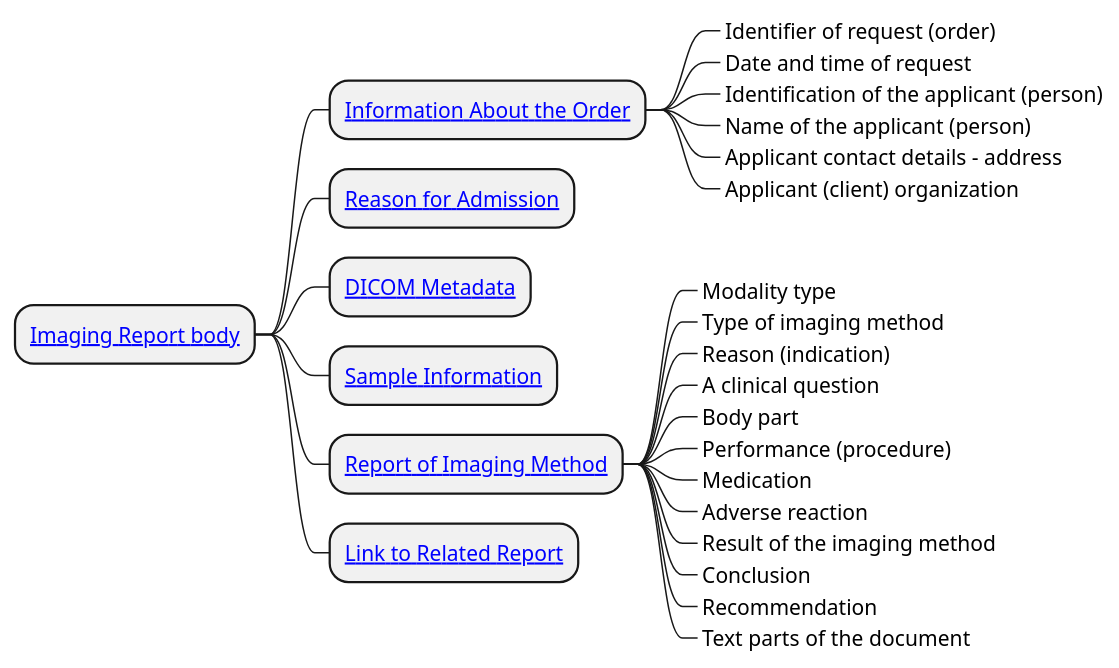
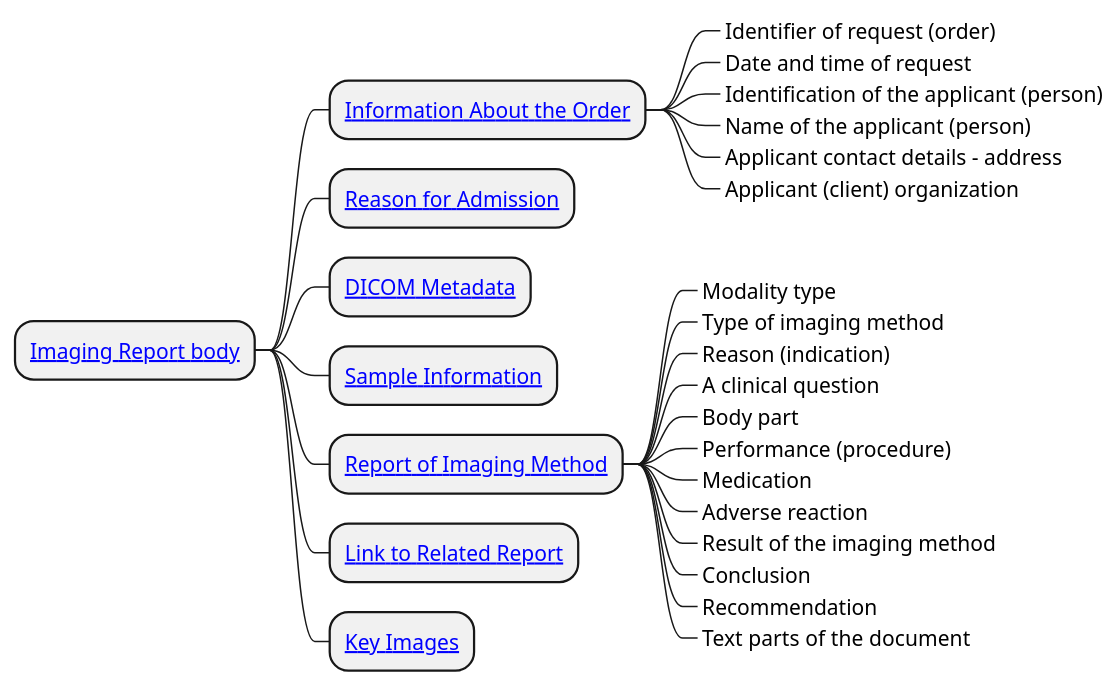
One commit to HL7-cz/img changed the diagram in input/images-source/imgReportBody_CIM.plantuml. Above: the diagram before and after it, drawn with PlantUML. The commit also changed 30 other files, not shown here.

```diff
--- a/input/images-source/imgReportBody_CIM.plantuml
+++ b/input/images-source/imgReportBody_CIM.plantuml
@@ -1,70 +1,71 @@
 @startmindmap
 skinparam topurl StructureDefinition-
 
 * [[BodyImagingReportCz.html Imaging Report body]]
 ** [[InformationAboutOrder.html Information About the Order]]
 ***_ Identifier of request (order)
 ***_ Date and time of request
 ***_ Identification of the applicant (person)
 ***_ Name of the applicant (person)
 ***_ Applicant contact details - address
 ***_ Applicant (client) organization
-** [[ReasonForAdmision.html Reason for Admission]]
-** [[DICOMMetadata.html DICOM Metadata]]
+** [[ReasonForAdmission.html Reason for Admission]]
+** [[DcmMetadata.html DICOM Metadata]]
 ** [[SpecimenInformation.html Sample Information]]
 ** [[ReportOfImagingMethod.html Report of Imaging Method]]
 ***_ Modality type
 ***_ Type of imaging method
 ***_ Reason (indication)
 ***_ A clinical question
 ***_ Body part
 ***_ Performance (procedure)
 ***_ Medication
 ***_ Adverse reaction
 ***_ Result of the imaging method
 ***_ Conclusion
 ***_ Recommendation
 ***_ Text parts of the document
 ** [[LinkToRelatedReport.html Link to Related Report]]
+** [[KeyImagesAttachment.html Key Images]]
 '** [[Attachments.html Media (Attachments)]]
 
 /'***_ Order placer
 ***_ Order reason text
 ***_ Order reason
 ***_ Clinical question
 ***_ Supporting information
 ****_ Observation
 ****_ Condition
 ****_ Medication Administration
 ****_ Devices
 ****_ Pregnancy status
 ****_ Gestational age
 ****_ Sex for clinical use
 ****_ Other supporting information
 ** Specimen
 ** Service request
 ** Exposure information
 ***_ Effective dose
 ***_ Equivalent dose information
 ****_ Equivalent dose
 ****_ Tissue type
 ** Examination Report
 ***_ Modality
 ***_ Body part
 ****_ Body location
 ****_ Laterality
 ***_ Imaging procedures
 ***_ Medication
 ***_ Adverse reaction
 ***_ Result data
 ****_ Result text
 ****_ Observation results
 ***_ Conclusion
 ****_ Impression
 ****_ Condition or finding
 ** Recommendation
 ***_ Description
 ***_ Care plan
 ** Comparison Study
 '/
 @endmindmap
```
